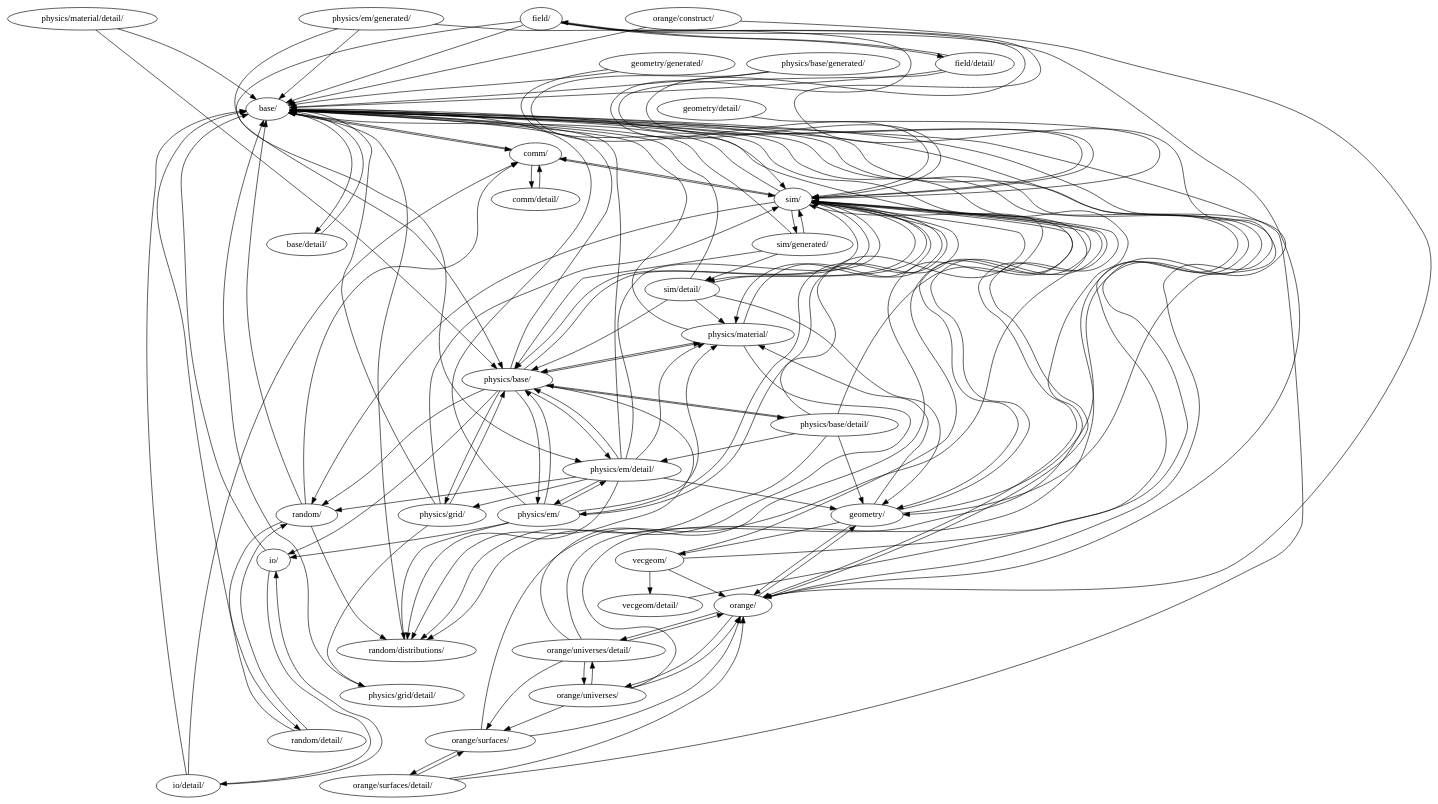
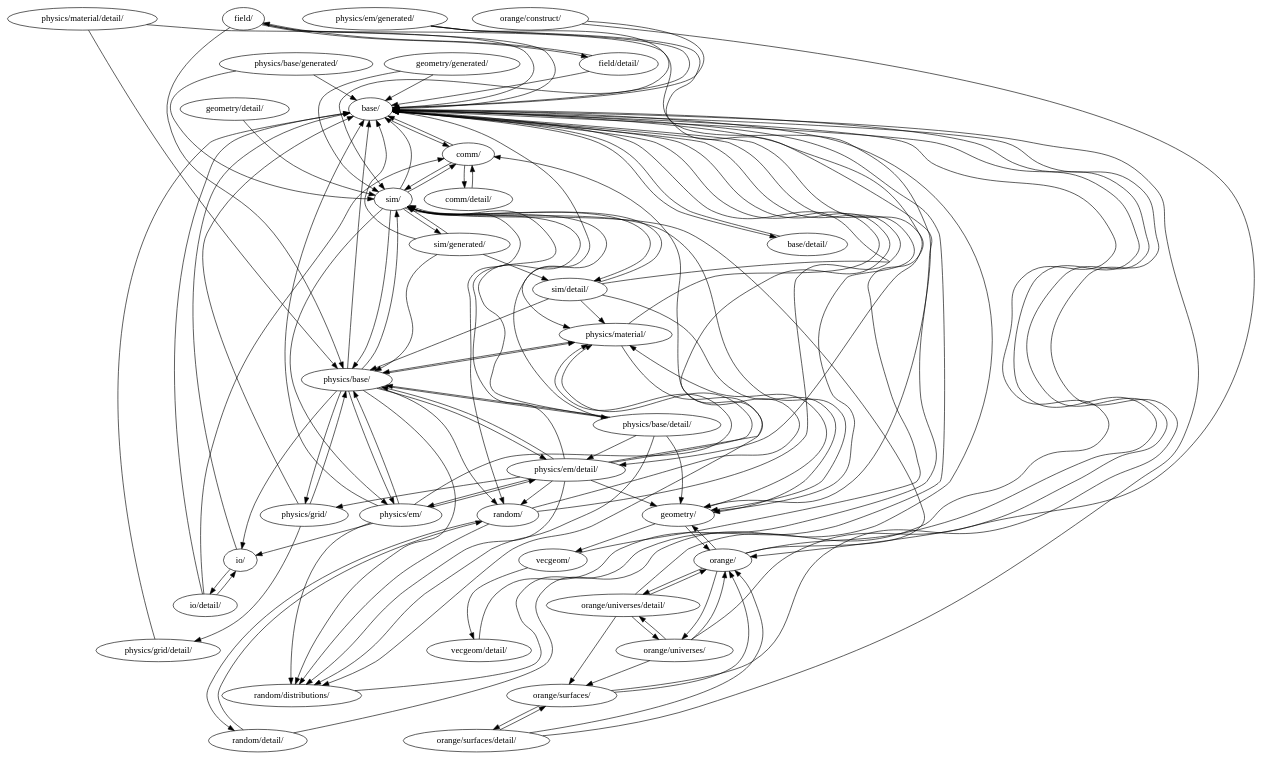
The diagram in nb/admin/fig/old.dot (simbarras/celeritas-docs), drawn with Graphviz before and after one commit. The commit also changed 18 other files, not shown here.

```diff
--- a/nb/admin/fig/old.dot
+++ b/nb/admin/fig/old.dot
@@ -6,20 +6,16 @@
 "comm/" -> "comm/detail/" [weight=0.567] // [1.0, 0.5, 0.2]
 "comm/" -> "base/" [weight=0.275] // [1.0, 0.5, 0.5, 0.2]
 "comm/detail/" -> "comm/" [weight=1.000] // [1.0]
-"field/" -> "base/" [weight=0.142] // [0.5, 0.125, 0.3333333333333333, 0.125, 0.25, 0.3333333333333333, 0.25, 0.3333333333333333, 0.3333333333333333, 0.25]
-"field/" -> "geometry/" [weight=0.062] // [0.125]
-"field/" -> "orange/" [weight=0.062] // [0.125]
-"field/" -> "physics/base/" [weight=0.104] // [0.125, 0.25, 0.25]
-"field/" -> "field/detail/" [weight=0.229] // [0.125, 0.3333333333333333]
-"field/" -> "sim/" [weight=0.153] // [0.25, 0.3333333333333333, 0.3333333333333333]
-"field/detail/" -> "base/" [weight=0.083] // [0.16666666666666666]
-"field/detail/" -> "field/" [weight=0.167] // [0.16666666666666666]
-"field/detail/" -> "sim/" [weight=0.083] // [0.16666666666666666]
-"geometry/" -> "base/" [weight=0.117] // [0.2, 0.3333333333333333, 0.16666666666666666]
-"geometry/" -> "sim/" [weight=0.117] // [0.2, 0.3333333333333333, 0.16666666666666666]
+"field/" -> "base/" [weight=0.163] // [0.5, 0.125, 0.3333333333333333, 0.14285714285714285, 0.25, 0.3333333333333333, 0.3333333333333333, 0.5, 0.5, 0.25]
+"field/" -> "geometry/" [weight=0.071] // [0.14285714285714285]
+"field/" -> "physics/base/" [weight=0.121] // [0.14285714285714285, 0.25, 0.3333333333333333]
+"field/" -> "field/detail/" [weight=0.238] // [0.14285714285714285, 0.3333333333333333]
+"field/detail/" -> "base/" [weight=0.100] // [0.2]
+"field/detail/" -> "field/" [weight=0.200] // [0.2]
+"geometry/" -> "base/" [weight=0.242] // [0.25, 1.0, 0.2]
 "geometry/" -> "vecgeom/" [weight=0.250] // [0.5, 0.5, 0.5]
-"geometry/" -> "orange/" [weight=0.233] // [0.5, 0.3333333333333333, 0.5, 0.5, 0.5]
-"geometry/" -> "physics/material/" [weight=0.083] // [0.16666666666666666]
+"geometry/" -> "orange/" [weight=0.250] // [0.5, 0.5, 0.5]
+"geometry/" -> "physics/material/" [weight=0.100] // [0.2]
 "geometry/detail/" -> "sim/" [weight=0.500] // [1.0]
 "geometry/generated/" -> "sim/" [weight=0.125] // [0.25]
 "geometry/generated/" -> "base/" [weight=0.125] // [0.25]
@@ -28,15 +24,15 @@
 "io/detail/" -> "comm/" [weight=0.500] // [1.0]
 "io/detail/" -> "io/" [weight=0.333] // [0.3333333333333333]
 "io/detail/" -> "base/" [weight=0.500] // [1.0]
-"orange/" -> "base/" [weight=0.091] // [0.16666666666666666, 0.16666666666666666, 0.14285714285714285, 0.25]
-"orange/" -> "sim/" [weight=0.077] // [0.16666666666666666, 0.14285714285714285]
-"orange/" -> "geometry/" [weight=0.083] // [0.16666666666666666]
-"orange/" -> "orange/universes/" [weight=0.143] // [0.14285714285714285]
-"orange/" -> "orange/universes/detail/" [weight=0.143] // [0.14285714285714285]
-"orange/construct/" -> "orange/" [weight=0.446] // [1.0, 0.2, 0.3333333333333333, 0.25]
-"orange/construct/" -> "base/" [weight=0.131] // [0.2, 0.3333333333333333, 0.25]
+"orange/" -> "base/" [weight=0.138] // [0.2, 0.2, 0.2, 0.5]
+"orange/" -> "sim/" [weight=0.100] // [0.2]
+"orange/" -> "geometry/" [weight=0.100] // [0.2]
+"orange/" -> "orange/universes/" [weight=0.200] // [0.2]
+"orange/" -> "orange/universes/detail/" [weight=0.200] // [0.2]
+"orange/construct/" -> "orange/" [weight=0.467] // [1.0, 0.2, 0.3333333333333333, 0.3333333333333333]
+"orange/construct/" -> "base/" [weight=0.144] // [0.2, 0.3333333333333333, 0.3333333333333333]
 "orange/surfaces/" -> "base/" [weight=0.104] // [0.16666666666666666, 0.16666666666666666, 0.25, 0.16666666666666666, 0.16666666666666666, 0.3333333333333333]
-"orange/surfaces/" -> "orange/" [weight=0.514] // [0.16666666666666666, 0.16666666666666666, 0.25, 0.5, 1.0, 1.0]
+"orange/surfaces/" -> "orange/" [weight=0.517] // [0.16666666666666666, 0.16666666666666666, 0.25, 1.0, 1.0]
 "orange/surfaces/" -> "orange/surfaces/detail/" [weight=0.300] // [0.16666666666666666, 0.16666666666666666, 0.16666666666666666, 0.16666666666666666, 0.3333333333333333]
 "orange/surfaces/detail/" -> "base/" [weight=0.087] // [0.25, 0.1]
 "orange/surfaces/detail/" -> "orange/" [weight=0.175] // [0.25, 0.1]
@@ -45,21 +41,20 @@
 "orange/universes/" -> "orange/" [weight=0.156] // [0.1111111111111111, 0.2]
 "orange/universes/" -> "orange/surfaces/" [weight=0.111] // [0.1111111111111111]
 "orange/universes/" -> "orange/universes/detail/" [weight=0.167] // [0.1111111111111111]
-"orange/universes/detail/" -> "base/" [weight=0.136] // [0.25, 0.5, 0.14285714285714285, 0.2, 0.3333333333333333, 0.2]
+"orange/universes/detail/" -> "base/" [weight=0.140] // [0.25, 0.5, 0.14285714285714285, 0.25, 0.3333333333333333, 0.2]
 "orange/universes/detail/" -> "orange/" [weight=0.292] // [0.25, 0.3333333333333333]
 "orange/universes/detail/" -> "orange/surfaces/" [weight=0.143] // [0.14285714285714285]
 "orange/universes/detail/" -> "orange/universes/" [weight=0.257] // [0.14285714285714285, 0.2]
-"orange/universes/detail/" -> "sim/" [weight=0.100] // [0.2]
-"physics/base/" -> "base/" [weight=0.125] // [0.2, 0.3333333333333333, 0.16666666666666666, 0.1111111111111111, 0.1111111111111111, 0.3333333333333333, 0.25, 1.0, 0.2, 0.25, 0.125, 0.07692307692307693, 0.1111111111111111, 0.05263157894736842, 0.06666666666666667, 0.3333333333333333, 0.2, 0.5, 0.3333333333333333]
-"physics/base/" -> "sim/" [weight=0.121] // [0.2, 0.3333333333333333, 0.1111111111111111, 0.1111111111111111, 0.3333333333333333, 0.25, 0.2, 0.07692307692307693, 0.1111111111111111, 1.0, 0.05263157894736842, 0.06666666666666667, 0.3333333333333333, 0.2]
-"physics/base/" -> "physics/material/" [weight=0.095] // [0.16666666666666666, 0.05263157894736842, 0.06666666666666667]
-"physics/base/" -> "io/" [weight=0.056] // [0.1111111111111111]
+"physics/base/" -> "base/" [weight=0.136] // [0.25, 0.5, 0.16666666666666666, 0.125, 0.125, 0.3333333333333333, 0.3333333333333333, 1.0, 0.25, 0.25, 0.125, 0.07692307692307693, 0.125, 0.05555555555555555, 0.07142857142857142, 0.3333333333333333, 0.2, 0.5, 0.3333333333333333]
+"physics/base/" -> "physics/material/" [weight=0.098] // [0.16666666666666666, 0.05555555555555555, 0.07142857142857142]
+"physics/base/" -> "io/" [weight=0.062] // [0.125]
+"physics/base/" -> "sim/" [weight=0.172] // [0.3333333333333333, 0.3333333333333333, 0.07692307692307693, 0.125, 1.0, 0.3333333333333333, 0.2]
 "physics/base/" -> "physics/base/detail/" [weight=0.500] // [0.3333333333333333]
-"physics/base/" -> "physics/em/" [weight=0.065] // [0.07692307692307693, 0.05263157894736842, 0.06666666666666667]
-"physics/base/" -> "physics/em/detail/" [weight=0.072] // [0.07692307692307693, 0.06666666666666667]
-"physics/base/" -> "physics/grid/" [weight=0.099] // [0.07692307692307693, 0.05263157894736842, 0.06666666666666667, 0.2]
-"physics/base/" -> "random/" [weight=0.026] // [0.05263157894736842]
-"physics/base/" -> "random/distributions/" [weight=0.026] // [0.05263157894736842]
+"physics/base/" -> "physics/em/" [weight=0.068] // [0.07692307692307693, 0.05555555555555555, 0.07142857142857142]
+"physics/base/" -> "physics/em/detail/" [weight=0.074] // [0.07692307692307693, 0.07142857142857142]
+"physics/base/" -> "physics/grid/" [weight=0.101] // [0.07692307692307693, 0.05555555555555555, 0.07142857142857142, 0.2]
+"physics/base/" -> "random/" [weight=0.028] // [0.05555555555555555]
+"physics/base/" -> "random/distributions/" [weight=0.028] // [0.05555555555555555]
 "physics/base/detail/" -> "base/" [weight=0.104] // [0.09090909090909091, 0.3333333333333333, 0.2]
 "physics/base/detail/" -> "geometry/" [weight=0.045] // [0.09090909090909091]
 "physics/base/detail/" -> "physics/base/" [weight=0.395] // [0.09090909090909091, 0.5, 0.2]
@@ -68,34 +63,31 @@
 "physics/base/detail/" -> "random/distributions/" [weight=0.100] // [0.2]
 "physics/base/generated/" -> "sim/" [weight=0.125] // [0.25, 0.25, 0.25]
 "physics/base/generated/" -> "base/" [weight=0.125] // [0.25, 0.25, 0.25]
-"physics/em/" -> "base/" [weight=0.099] // [0.14285714285714285, 0.16666666666666666, 0.14285714285714285, 0.2, 0.2, 0.125, 0.3333333333333333, 0.125, 0.2, 0.16666666666666666, 0.16666666666666666, 0.25, 0.25, 0.16666666666666666, 0.3333333333333333]
-"physics/em/" -> "physics/base/" [weight=0.270] // [0.14285714285714285, 0.16666666666666666, 0.14285714285714285, 0.2, 0.3333333333333333, 0.25, 0.2, 0.3333333333333333, 0.3333333333333333, 0.5, 0.3333333333333333, 0.125, 0.3333333333333333, 0.3333333333333333, 0.16666666666666666, 0.5, 0.3333333333333333, 0.25, 0.25, 0.25, 0.25, 0.25, 0.16666666666666666, 0.3333333333333333]
+"physics/em/" -> "base/" [weight=0.102] // [0.14285714285714285, 0.2, 0.14285714285714285, 0.2, 0.2, 0.125, 0.3333333333333333, 0.125, 0.25, 0.16666666666666666, 0.16666666666666666, 0.25, 0.25, 0.16666666666666666, 0.3333333333333333]
+"physics/em/" -> "physics/base/" [weight=0.271] // [0.14285714285714285, 0.2, 0.14285714285714285, 0.2, 0.3333333333333333, 0.25, 0.2, 0.3333333333333333, 0.3333333333333333, 0.5, 0.3333333333333333, 0.125, 0.3333333333333333, 0.3333333333333333, 0.16666666666666666, 0.5, 0.3333333333333333, 0.25, 0.25, 0.25, 0.25, 0.25, 0.16666666666666666, 0.3333333333333333]
 "physics/em/" -> "random/distributions/" [weight=0.071] // [0.14285714285714285, 0.14285714285714285]
-"physics/em/" -> "sim/" [weight=0.092] // [0.16666666666666666, 0.2]
 "physics/em/" -> "io/" [weight=0.089] // [0.2, 0.16666666666666666, 0.16666666666666666]
 "physics/em/" -> "physics/em/detail/" [weight=0.410] // [0.3333333333333333, 0.2, 0.125, 0.3333333333333333, 0.3333333333333333, 0.3333333333333333, 0.16666666666666666, 0.16666666666666666, 0.5, 0.3333333333333333, 0.25, 0.25, 0.16666666666666666, 0.3333333333333333]
 "physics/em/" -> "physics/material/" [weight=0.205] // [0.25, 0.125, 0.125, 0.16666666666666666, 0.16666666666666666, 0.25, 0.25, 0.25, 0.25, 0.25, 0.16666666666666666]
-"physics/em/detail/" -> "base/" [weight=0.084] // [0.3333333333333333, 0.058823529411764705, 0.2, 0.2, 0.2, 0.05263157894736842, 0.25, 0.25, 0.08333333333333333, 0.25, 0.5, 0.16666666666666666, 0.16666666666666666, 0.125, 0.25, 0.07692307692307693, 0.1, 0.16666666666666666, 0.0625, 0.14285714285714285, 0.1111111111111111, 0.3333333333333333, 0.058823529411764705, 0.2, 0.2, 0.25, 0.0625, 0.2, 0.3333333333333333, 0.1, 0.08333333333333333, 0.2, 0.07692307692307693, 0.2, 0.14285714285714285, 0.05555555555555555, 0.2, 0.16666666666666666, 0.16666666666666666, 0.07692307692307693, 0.2, 0.14285714285714285, 0.0625, 0.2, 0.2, 0.2, 0.08333333333333333, 0.07692307692307693, 0.06666666666666667, 0.3333333333333333]
-"physics/em/detail/" -> "sim/" [weight=0.090] // [0.3333333333333333, 0.2, 0.05263157894736842, 0.25, 0.25, 0.25, 0.5, 0.25, 0.3333333333333333, 0.1, 0.16666666666666666, 0.14285714285714285, 0.1111111111111111, 0.3333333333333333, 0.2, 0.25, 0.2, 0.1, 0.08333333333333333, 0.2, 0.07692307692307693, 0.2, 0.05555555555555555, 0.2, 0.07692307692307693, 0.14285714285714285, 0.0625, 0.2, 0.2, 0.08333333333333333, 0.07692307692307693, 0.06666666666666667]
-"physics/em/detail/" -> "physics/base/" [weight=0.137] // [0.058823529411764705, 0.25, 0.05263157894736842, 0.25, 0.08333333333333333, 0.5, 0.25, 0.07692307692307693, 0.1, 0.16666666666666666, 0.0625, 0.1111111111111111, 0.058823529411764705, 0.25, 0.0625, 0.1, 0.08333333333333333, 0.07692307692307693, 0.14285714285714285, 0.05555555555555555, 0.16666666666666666, 0.16666666666666666, 0.07692307692307693, 0.2, 0.14285714285714285, 0.0625, 0.2, 0.2, 0.08333333333333333, 0.07692307692307693, 0.06666666666666667]
-"physics/em/detail/" -> "physics/material/" [weight=0.088] // [0.058823529411764705, 0.05263157894736842, 0.1, 0.14285714285714285, 0.0625, 0.08333333333333333, 0.05555555555555555, 0.07692307692307693, 0.2, 0.0625, 0.07692307692307693]
-"physics/em/detail/" -> "random/distributions/" [weight=0.062] // [0.058823529411764705, 0.2, 0.25, 0.08333333333333333, 0.16666666666666666, 0.16666666666666666, 0.125, 0.07692307692307693, 0.0625, 0.058823529411764705, 0.2, 0.0625, 0.08333333333333333, 0.07692307692307693, 0.16666666666666666, 0.16666666666666666, 0.07692307692307693, 0.2, 0.06666666666666667]
+"physics/em/detail/" -> "base/" [weight=0.092] // [0.5, 0.058823529411764705, 0.2, 0.2, 0.2, 0.05555555555555555, 0.25, 0.25, 0.08333333333333333, 0.25, 1.0, 0.16666666666666666, 0.16666666666666666, 0.125, 0.25, 0.07692307692307693, 0.1111111111111111, 0.16666666666666666, 0.0625, 0.14285714285714285, 0.125, 0.3333333333333333, 0.058823529411764705, 0.2, 0.2, 0.25, 0.0625, 0.2, 0.3333333333333333, 0.1111111111111111, 0.09090909090909091, 0.2, 0.08333333333333333, 0.2, 0.14285714285714285, 0.058823529411764705, 0.2, 0.16666666666666666, 0.16666666666666666, 0.08333333333333333, 0.2, 0.16666666666666666, 0.06666666666666667, 0.2, 0.2, 0.2, 0.09090909090909091, 0.07142857142857142, 0.07692307692307693, 0.3333333333333333]
+"physics/em/detail/" -> "physics/base/" [weight=0.140] // [0.058823529411764705, 0.25, 0.05555555555555555, 0.25, 0.08333333333333333, 0.5, 0.25, 0.07692307692307693, 0.1111111111111111, 0.16666666666666666, 0.0625, 0.125, 0.058823529411764705, 0.25, 0.0625, 0.1111111111111111, 0.09090909090909091, 0.08333333333333333, 0.14285714285714285, 0.058823529411764705, 0.16666666666666666, 0.16666666666666666, 0.08333333333333333, 0.2, 0.16666666666666666, 0.06666666666666667, 0.2, 0.2, 0.09090909090909091, 0.07142857142857142, 0.07692307692307693]
+"physics/em/detail/" -> "physics/material/" [weight=0.091] // [0.058823529411764705, 0.05555555555555555, 0.1111111111111111, 0.14285714285714285, 0.0625, 0.09090909090909091, 0.058823529411764705, 0.08333333333333333, 0.2, 0.06666666666666667, 0.07142857142857142]
+"physics/em/detail/" -> "random/distributions/" [weight=0.061] // [0.058823529411764705, 0.2, 0.25, 0.08333333333333333, 0.16666666666666666, 0.16666666666666666, 0.125, 0.07692307692307693, 0.0625, 0.058823529411764705, 0.2, 0.0625, 0.09090909090909091, 0.08333333333333333, 0.16666666666666666, 0.16666666666666666, 0.08333333333333333, 0.2, 0.07142857142857142, 0.07692307692307693]
+"physics/em/detail/" -> "sim/" [weight=0.113] // [0.2, 0.25, 0.25, 0.25, 0.25, 0.3333333333333333, 0.16666666666666666, 0.14285714285714285, 0.3333333333333333, 0.2, 0.25, 0.2, 0.2, 0.2, 0.2, 0.2, 0.2]
 "physics/em/detail/" -> "physics/em/" [weight=0.333] // [0.5, 0.16666666666666666, 0.16666666666666666, 0.2, 0.125, 0.0625, 0.3333333333333333]
-"physics/em/detail/" -> "physics/grid/" [weight=0.114] // [0.1, 0.16666666666666666, 0.0625, 0.1111111111111111, 0.16666666666666666, 0.16666666666666666, 0.14285714285714285, 0.08333333333333333, 0.07692307692307693, 0.06666666666666667]
-"physics/em/detail/" -> "random/" [weight=0.036] // [0.07692307692307693, 0.06666666666666667]
-"physics/em/detail/" -> "geometry/" [weight=0.036] // [0.07692307692307693, 0.06666666666666667]
+"physics/em/detail/" -> "physics/grid/" [weight=0.120] // [0.1111111111111111, 0.16666666666666666, 0.0625, 0.125, 0.16666666666666666, 0.16666666666666666, 0.16666666666666666, 0.09090909090909091, 0.07142857142857142, 0.07692307692307693]
+"physics/em/detail/" -> "random/" [weight=0.040] // [0.08333333333333333, 0.07692307692307693]
+"physics/em/detail/" -> "geometry/" [weight=0.037] // [0.07142857142857142, 0.07692307692307693]
 "physics/em/generated/" -> "base/" [weight=0.125] // [0.25, 0.25, 0.25, 0.25, 0.25, 0.25, 0.25, 0.25, 0.25, 0.25]
 "physics/em/generated/" -> "sim/" [weight=0.125] // [0.25, 0.25, 0.25, 0.25, 0.25, 0.25, 0.25, 0.25, 0.25, 0.25]
 "physics/em/generated/" -> "physics/em/detail/" [weight=0.375] // [0.25, 0.25, 0.25, 0.25, 0.25, 0.25, 0.25, 0.25, 0.25, 0.25]
-"physics/grid/" -> "base/" [weight=0.134] // [0.16666666666666666, 0.25, 0.16666666666666666, 0.125, 0.2, 0.5, 0.2, 0.2, 0.3333333333333333, 0.25, 0.25, 0.5, 0.25, 0.5, 0.2, 0.25, 0.2]
-"physics/grid/" -> "sim/" [weight=0.103] // [0.16666666666666666, 0.25, 0.2]
-"physics/grid/" -> "physics/grid/detail/" [weight=0.308] // [0.16666666666666666, 0.2, 0.25]
-"physics/grid/" -> "physics/base/" [weight=0.200] // [0.2]
+"physics/grid/" -> "base/" [weight=0.138] // [0.16666666666666666, 0.25, 0.2, 0.125, 0.2, 0.5, 0.2, 0.2, 0.3333333333333333, 0.25, 0.25, 0.5, 0.3333333333333333, 0.5, 0.2, 0.25, 0.25]
+"physics/grid/" -> "physics/grid/detail/" [weight=0.325] // [0.2, 0.2, 0.25]
+"physics/grid/" -> "physics/base/" [weight=0.250] // [0.25]
 "physics/grid/detail/" -> "base/" [weight=0.333] // [0.3333333333333333, 1.0]
-"physics/material/" -> "base/" [weight=0.087] // [0.125, 0.25, 0.2, 0.125, 0.14285714285714285, 0.2]
-"physics/material/" -> "random/distributions/" [weight=0.062] // [0.125]
-"physics/material/" -> "sim/" [weight=0.087] // [0.125, 0.25, 0.2, 0.125, 0.14285714285714285, 0.2]
-"physics/material/" -> "physics/base/" [weight=0.179] // [0.25, 0.2, 0.125, 0.14285714285714285]
+"physics/material/" -> "base/" [weight=0.107] // [0.14285714285714285, 0.3333333333333333, 0.25, 0.14285714285714285, 0.16666666666666666, 0.25]
+"physics/material/" -> "random/distributions/" [weight=0.071] // [0.14285714285714285]
+"physics/material/" -> "physics/base/" [weight=0.223] // [0.3333333333333333, 0.25, 0.14285714285714285, 0.16666666666666666]
 "physics/material/detail/" -> "base/" [weight=0.250] // [0.5]
 "physics/material/detail/" -> "physics/base/" [weight=0.500] // [0.5]
 "random/" -> "base/" [weight=0.123] // [0.14285714285714285, 0.25, 0.3333333333333333, 0.25, 0.16666666666666666, 0.3333333333333333]
@@ -105,28 +97,25 @@
 "random/detail/" -> "base/" [weight=0.389] // [0.3333333333333333, 1.0, 1.0]
 "random/detail/" -> "random/" [weight=0.333] // [0.3333333333333333]
 "random/distributions/" -> "base/" [weight=0.125] // [0.25, 0.25, 0.16666666666666666, 0.5, 0.25, 0.16666666666666666, 0.16666666666666666, 0.25, 0.25, 0.25, 0.25]
-"sim/" -> "base/" [weight=0.115] // [0.25, 0.09090909090909091, 0.09090909090909091, 0.3333333333333333, 0.5, 0.16666666666666666, 0.2, 0.1111111111111111, 0.3333333333333333, 0.1, 0.3333333333333333, 0.25]
+"sim/" -> "base/" [weight=0.126] // [0.25, 0.09090909090909091, 0.09090909090909091, 0.3333333333333333, 0.5, 0.16666666666666666, 0.2, 0.125, 0.3333333333333333, 0.1, 0.3333333333333333, 0.5]
 "sim/" -> "geometry/" [weight=0.045] // [0.09090909090909091, 0.09090909090909091]
-"sim/" -> "physics/base/" [weight=0.083] // [0.09090909090909091, 0.09090909090909091, 0.16666666666666666, 0.2, 0.1111111111111111, 0.3333333333333333]
+"sim/" -> "physics/base/" [weight=0.084] // [0.09090909090909091, 0.09090909090909091, 0.16666666666666666, 0.2, 0.125, 0.3333333333333333]
 "sim/" -> "physics/em/" [weight=0.045] // [0.09090909090909091, 0.09090909090909091]
 "sim/" -> "physics/material/" [weight=0.045] // [0.09090909090909091, 0.09090909090909091]
 "sim/" -> "random/" [weight=0.045] // [0.09090909090909091, 0.09090909090909091]
-"sim/" -> "comm/" [weight=0.056] // [0.1111111111111111]
-"sim/" -> "orange/" [weight=0.090] // [0.1111111111111111, 0.25]
+"sim/" -> "comm/" [weight=0.062] // [0.125]
 "sim/" -> "sim/detail/" [weight=0.217] // [0.1, 0.3333333333333333]
 "sim/" -> "sim/generated/" [weight=0.100] // [0.1]
-"sim/detail/" -> "geometry/" [weight=0.065] // [0.1, 0.125, 0.16666666666666666]
-"sim/detail/" -> "physics/base/" [weight=0.065] // [0.1, 0.125, 0.16666666666666666]
+"sim/detail/" -> "geometry/" [weight=0.061] // [0.1, 0.125, 0.14285714285714285]
+"sim/detail/" -> "physics/base/" [weight=0.061] // [0.1, 0.125, 0.14285714285714285]
 "sim/detail/" -> "physics/material/" [weight=0.050] // [0.1]
-"sim/detail/" -> "sim/" [weight=0.245] // [0.1, 0.125, 0.5, 0.16666666666666666, 0.3333333333333333]
-"sim/detail/" -> "base/" [weight=0.123] // [0.1, 0.125, 0.5, 0.16666666666666666, 0.25, 0.3333333333333333, 0.25]
+"sim/detail/" -> "sim/" [weight=0.240] // [0.1, 0.125, 0.5, 0.14285714285714285, 0.3333333333333333]
+"sim/detail/" -> "base/" [weight=0.122] // [0.1, 0.125, 0.5, 0.14285714285714285, 0.25, 0.3333333333333333, 0.25]
 "sim/generated/" -> "base/" [weight=0.096] // [0.2, 0.2, 0.16666666666666666, 0.2]
 "sim/generated/" -> "sim/detail/" [weight=0.192] // [0.2, 0.2, 0.16666666666666666, 0.2]
 "sim/generated/" -> "sim/" [weight=0.192] // [0.2, 0.2, 0.16666666666666666, 0.2]
 "sim/generated/" -> "physics/base/" [weight=0.083] // [0.16666666666666666]
-"vecgeom/" -> "base/" [weight=0.093] // [0.1111111111111111, 0.3333333333333333, 0.1111111111111111]
-"vecgeom/" -> "orange/" [weight=0.093] // [0.1111111111111111, 0.3333333333333333, 0.1111111111111111]
-"vecgeom/" -> "sim/" [weight=0.056] // [0.1111111111111111]
-"vecgeom/" -> "vecgeom/detail/" [weight=0.111] // [0.1111111111111111, 0.1111111111111111]
+"vecgeom/" -> "base/" [weight=0.128] // [0.14285714285714285, 0.5, 0.125]
+"vecgeom/" -> "vecgeom/detail/" [weight=0.134] // [0.14285714285714285, 0.125]
 "vecgeom/detail/" -> "base/" [weight=0.323] // [1.0, 0.3333333333333333, 0.25, 1.0]
 }
```
